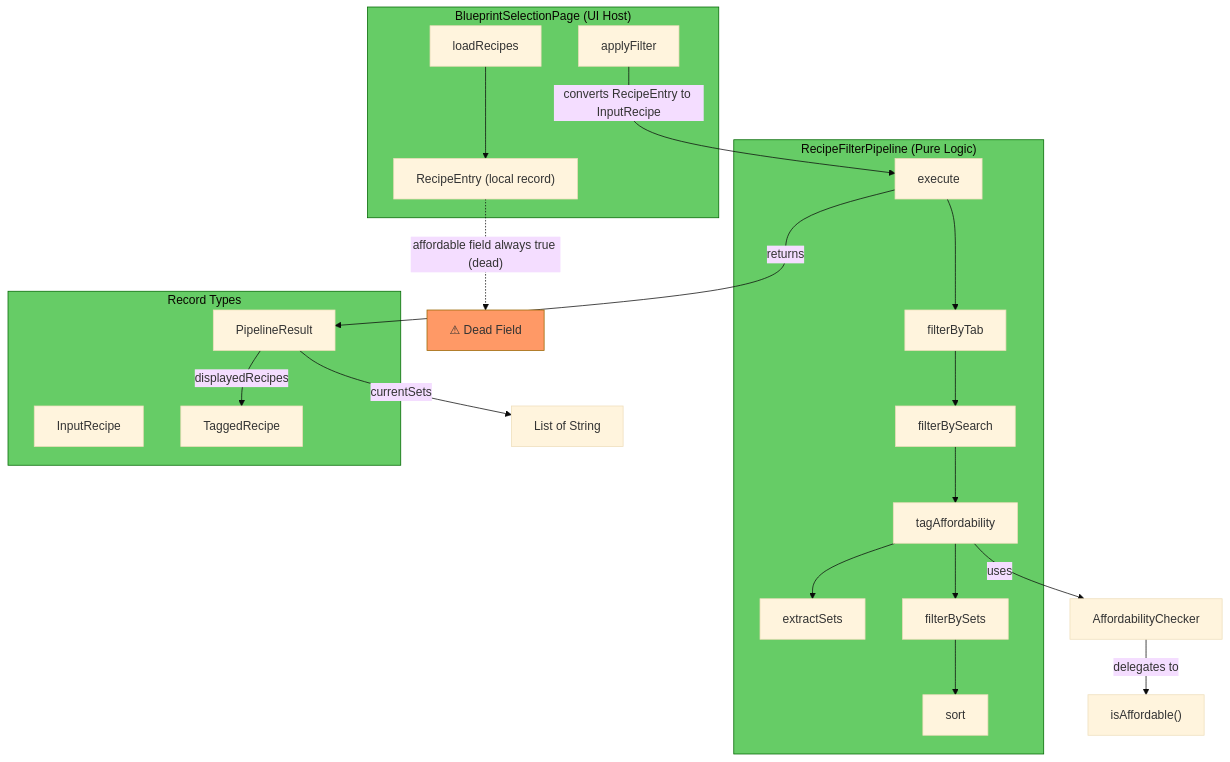
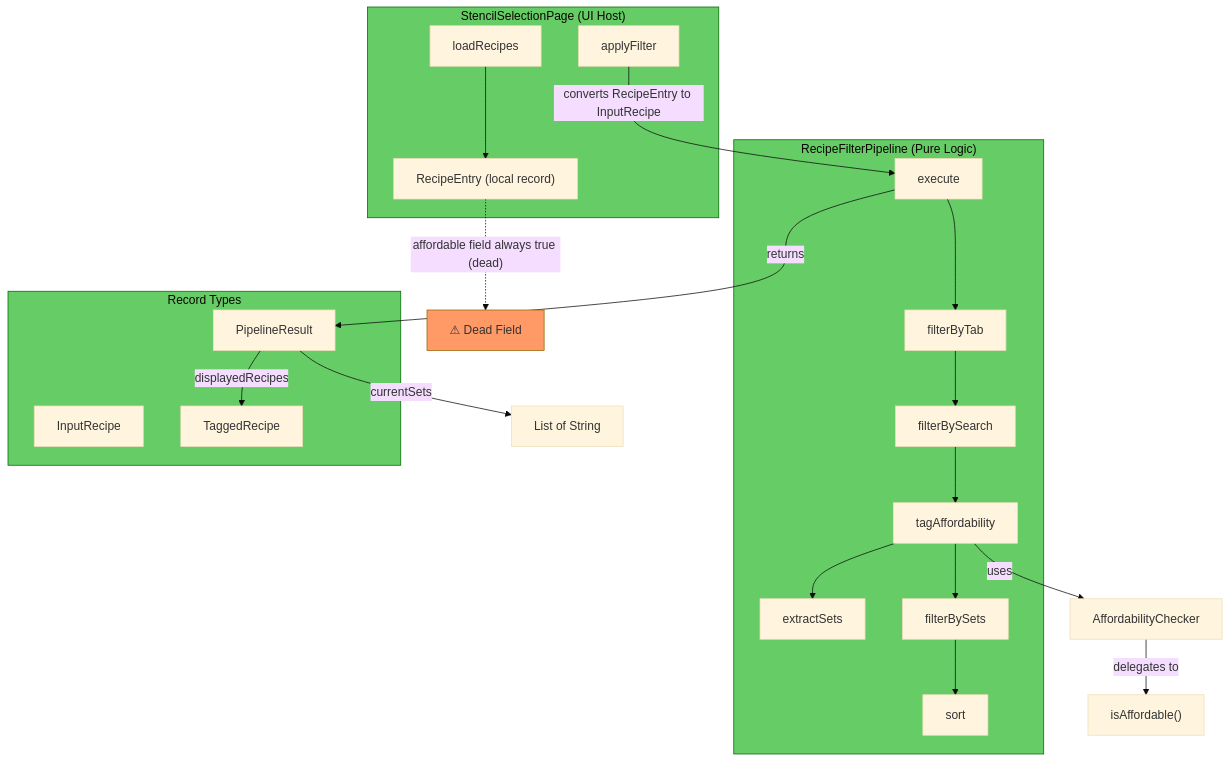
The first of 2 diagrams in docs/review-recipe-filter-pipeline.md (TheCodeCreature/Hytale-Example-Plugin), drawn with Mermaid (base theme) before and after one commit. The commit also changed other lines of this file and 289 other files, not shown here.

````diff
--- a/docs/review-recipe-filter-pipeline.md
+++ b/docs/review-recipe-filter-pipeline.md
@@ -20,40 +20,40 @@
 ```mermaid
 graph TB
-    subgraph BlueprintSelectionPage["BlueprintSelectionPage (UI Host)"]
-        style BlueprintSelectionPage fill:#6c6,stroke:#060
+    subgraph StencilSelectionPage["StencilSelectionPage (UI Host)"]
+        style StencilSelectionPage fill:#6c6,stroke:#060
         LP[loadRecipes]
         AF[applyFilter]
         RE["RecipeEntry (local record)"]
     end
 
     subgraph RecipeFilterPipeline["RecipeFilterPipeline (Pure Logic)"]
         style RecipeFilterPipeline fill:#6c6,stroke:#060
         EX[execute]
         S1[filterByTab]
         S2[filterBySearch]
         S3[tagAffordability]
         S4[extractSets]
         S5[filterBySets]
         S6[sort]
         EX --> S1 --> S2 --> S3 --> S4
         S3 --> S5 --> S6
     end
 
     subgraph Types["Record Types"]
         style Types fill:#6c6,stroke:#060
         IR[InputRecipe]
         TR[TaggedRecipe]
         PR[PipelineResult]
     end
 
     LP --> RE
     AF -->|converts RecipeEntry to InputRecipe| EX
     S3 -->|uses| AC[AffordabilityChecker]
     AC -->|delegates to| ISA["isAffordable()"]
     EX -->|returns| PR
     PR -->|displayedRecipes| TR
     PR -->|currentSets| SETS["List of String"]
 
     RE -.->|"affordable field always true (dead)"| DEAD["⚠ Dead Field"]
     style DEAD fill:#f96,stroke:#960
 ```
````
